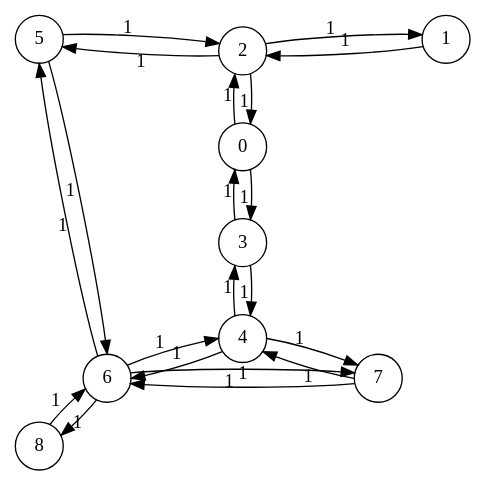
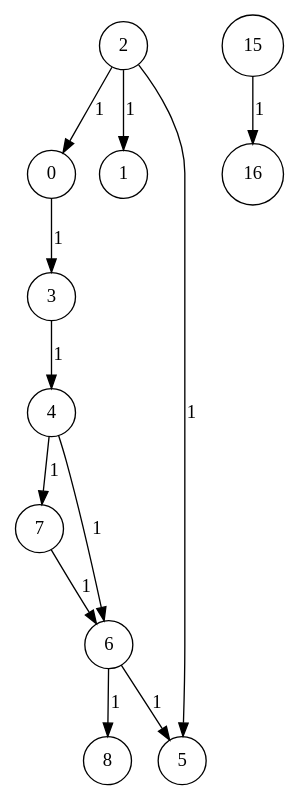
One commit to S0IG0/Graf changed the diagram in Graf/test.dot. Above: the diagram before and after it, drawn with Graphviz. The commit also changed 5 other files, not shown here.

```diff
--- a/Graf/test.dot
+++ b/Graf/test.dot
@@ -1,25 +1,16 @@
-digraph test {
-	layout = "twopi"
+strict digraph test {
+	layout = "dot"
 	node[shape = circle]
 	edge[shape = vee]
-	0 -> 2 [label = "1"]
 	0 -> 3 [label = "1"]
-	1 -> 2 [label = "1"]
 	2 -> 0 [label = "1"]
 	2 -> 1 [label = "1"]
 	2 -> 5 [label = "1"]
-	3 -> 0 [label = "1"]
 	3 -> 4 [label = "1"]
-	4 -> 3 [label = "1"]
 	4 -> 6 [label = "1"]
 	4 -> 7 [label = "1"]
-	5 -> 2 [label = "1"]
-	5 -> 6 [label = "1"]
-	6 -> 4 [label = "1"]
 	6 -> 5 [label = "1"]
-	6 -> 7 [label = "1"]
 	6 -> 8 [label = "1"]
-	7 -> 4 [label = "1"]
 	7 -> 6 [label = "1"]
-	8 -> 6 [label = "1"]
+	15 -> 16 [label = "1"]
 }
```
